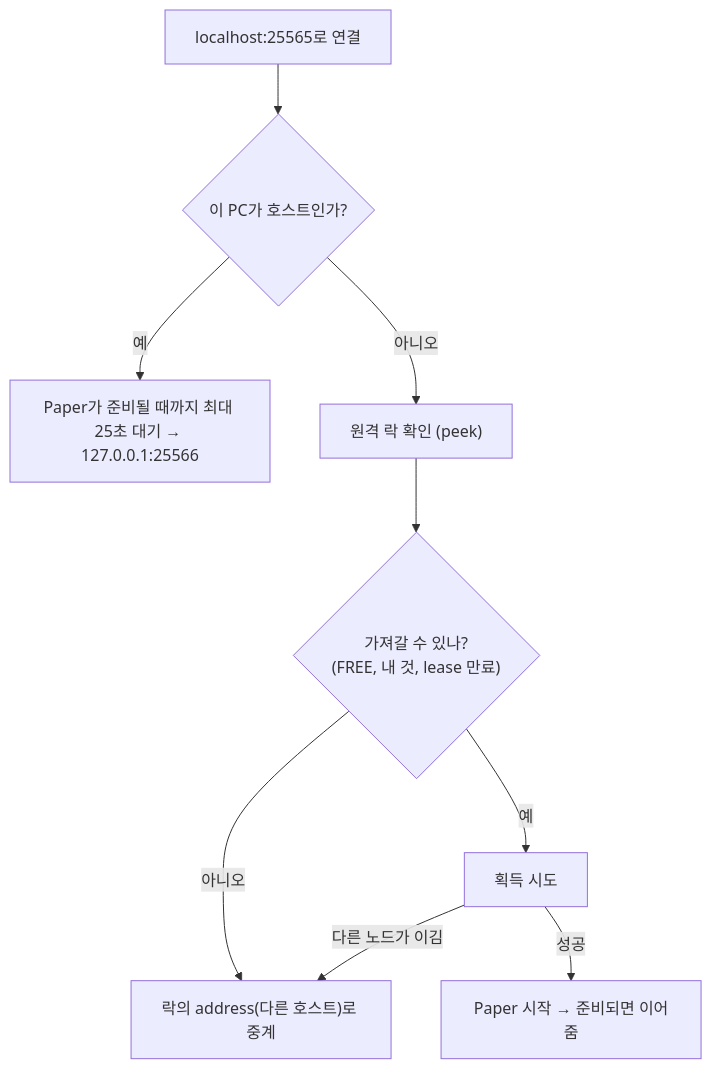
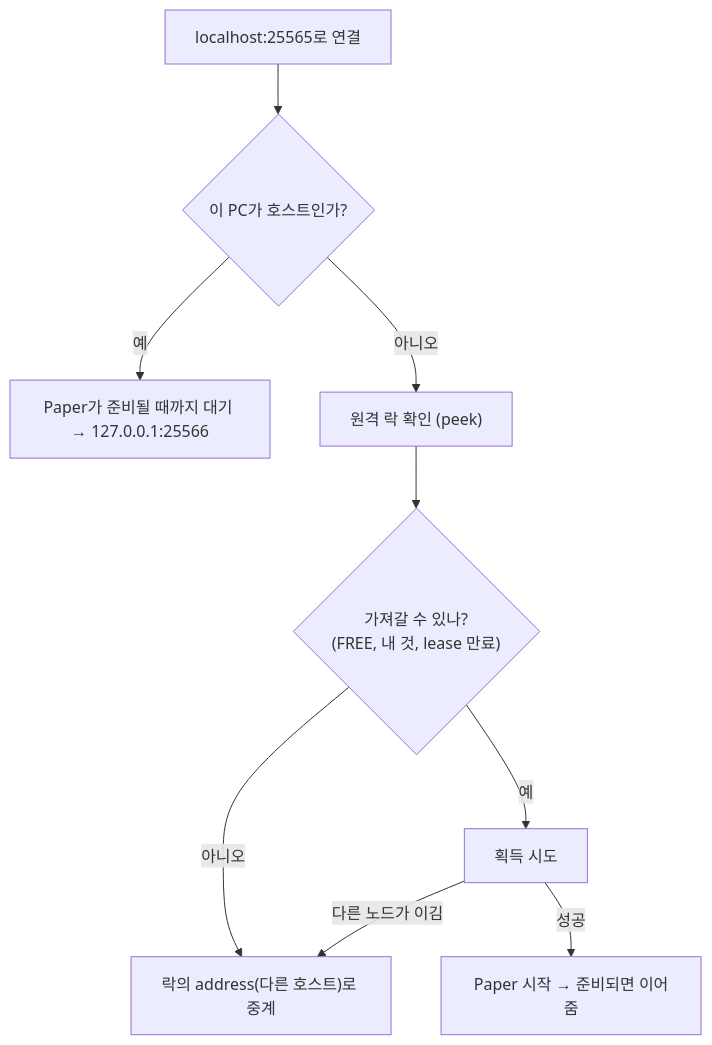
The seventh of 10 diagrams in docs/ARCHITECTURE.md (yuyeol3/mc-distributed), drawn with Mermaid before and after one commit. The commit also changed other lines of this file and 12 other files, not shown here.

````diff
--- a/docs/ARCHITECTURE.md
+++ b/docs/ARCHITECTURE.md
@@ -180,11 +180,11 @@
 ```mermaid
 flowchart TD
     C["localhost:25565로 연결"] --> H{"이 PC가 호스트인가?"}
-    H -->|"예"| L["Paper가 준비될 때까지 최대 25초 대기 → 127.0.0.1:25566"]
+    H -->|"예"| L["Paper가 준비될 때까지 대기 → 127.0.0.1:25566"]
     H -->|"아니오"| P["원격 락 확인 (peek)"]
     P --> T{"가져갈 수 있나?<br/>(FREE, 내 것, lease 만료)"}
     T -->|"아니오"| O["락의 address(다른 호스트)로 중계"]
     T -->|"예"| A["획득 시도"]
     A -->|"성공"| S["Paper 시작 → 준비되면 이어줌"]
     A -->|"다른 노드가 이김"| O
 ```
````
